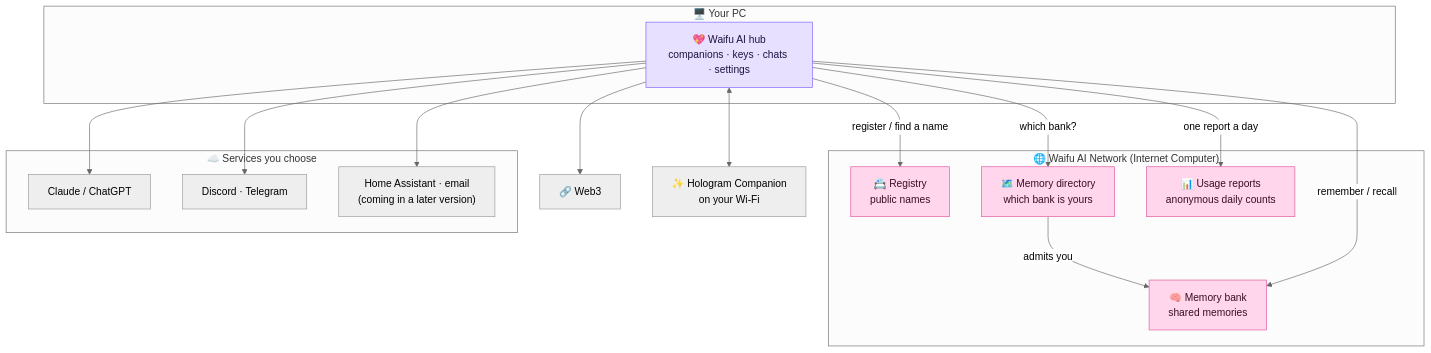
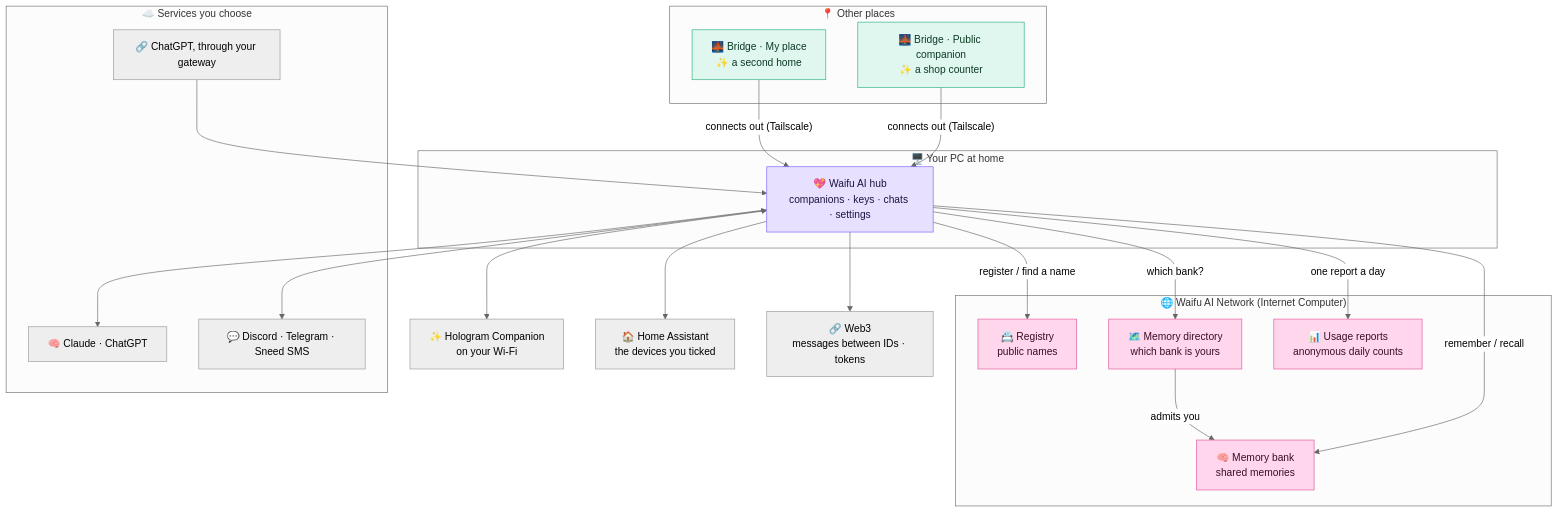
The first of 9 diagrams in docs/NETWORK.md (Smugandcomfy/waifu-ai-desktop), drawn with Mermaid (neutral theme) before and after one commit. The commit also changed other lines of this file and 14 other files, not shown here.

Commit message:
Docs for 0.99.18: Waifu AI Bridge and Home Assistant guides; network page with bridges, roles, bridge codes and which brain answers whom; use cases 9 and 11 rebuilt around Waifu AI Bridge, new 12 (two homes), 13 (shop window), 14 (smart flat); How it works and FAQ updated; restamped v0.99.18

````diff
--- a/docs/NETWORK.md
+++ b/docs/NETWORK.md
@@ -27,39 +27,50 @@
 ```mermaid
 flowchart TB
-    subgraph PC["🖥️ Your PC"]
+    subgraph PC["🖥️ Your PC at home"]
         HUB["💖 Waifu AI hub<br/>companions · keys · chats · settings"]
+    end
+
+    HOLO["✨ Hologram Companion<br/>on your Wi-Fi"]
+    HA["🏠 Home Assistant<br/>the devices you ticked"]
+
+    subgraph AWAY["📍 Other places"]
+        BR1["🌉 Bridge · My place<br/>✨ a second home"]
+        BR2["🌉 Bridge · Public companion<br/>✨ a shop counter"]
     end
 
     subgraph WAN["🌐 Waifu AI Network (Internet Computer)"]
         REG["📇 Registry<br/>public names"]
         DIR["🗺️ Memory directory<br/>which bank is yours"]
         BANK["🧠 Memory bank<br/>shared memories"]
         TEL["📊 Usage reports<br/>anonymous daily counts"]
     end
 
-    WEB3["🔗 Web3"]
+    WEB3["🔗 Web3<br/>messages between IDs · tokens"]
 
     subgraph OUT["☁️ Services you choose"]
-        AI["Claude / ChatGPT"]
-        CHAT["Discord · Telegram"]
-        HOME["Home Assistant · email<br/>(coming in a later version)"]
+        AI["🧠 Claude · ChatGPT"]
+        CHAT["💬 Discord · Telegram · Sneed SMS"]
+        GPT["🔗 ChatGPT, through your gateway"]
     end
 
-    HOLO["✨ Hologram Companion<br/>on your Wi-Fi"]
-
+    HUB <--> HOLO
+    HUB --> HA
+    BR1 -- "connects out (Tailscale)" --> HUB
+    BR2 -- "connects out (Tailscale)" --> HUB
     HUB -- "register / find a name" --> REG
     HUB -- "which bank?" --> DIR
     DIR -- "admits you" --> BANK
     HUB -- "remember / recall" --> BANK
     HUB -- "one report a day" --> TEL
     HUB --> WEB3
     HUB --> AI
-    HUB --> CHAT
-    HUB --> HOME
-    HUB <--> HOLO
+    HUB <--> CHAT
+    GPT --> HUB
 
     classDef ours fill:#ffd6ec,stroke:#e0559b,color:#3a0d24;
     classDef pc fill:#e8e0ff,stroke:#7a5cff,color:#1f1340;
+    classDef bridge fill:#dff7ee,stroke:#2bb27a,color:#0d3a26;
     class REG,DIR,BANK,TEL ours;
     class HUB pc;
+    class BR1,BR2 bridge;
 ```
````
